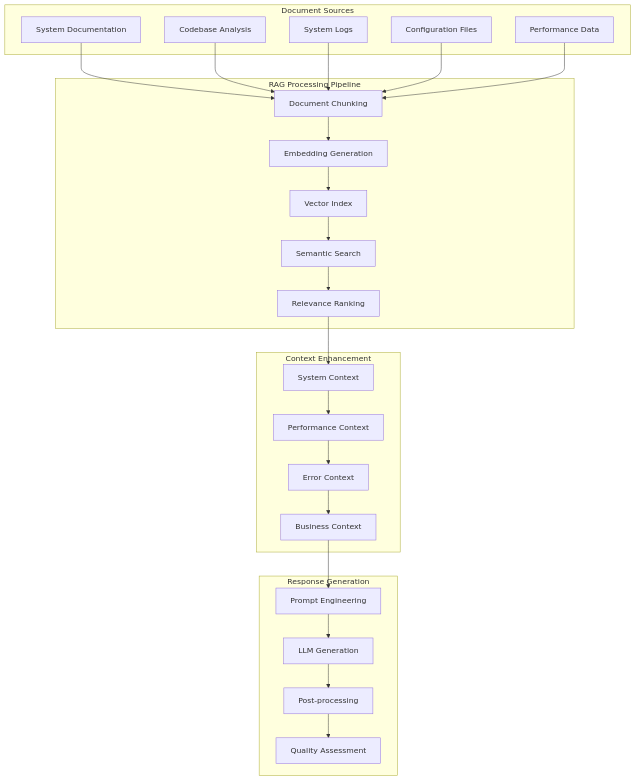
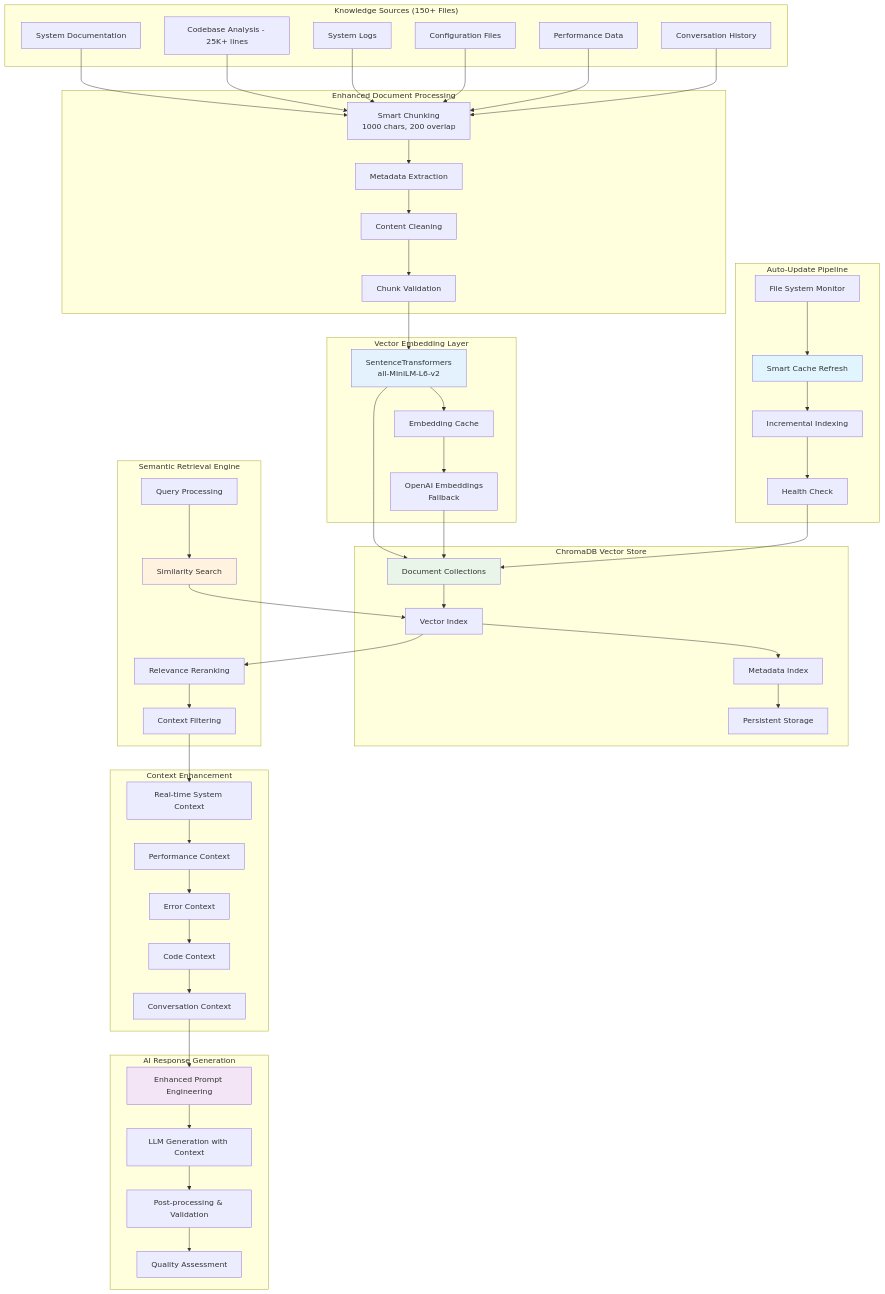
Before and after one commit to Kausiukas/System-Reference: the third of 3 diagrams in AI_help.md, drawn with Mermaid. The commit also changed other lines of this file and 48 other files, not shown here.

````diff
--- a/AI_help.md
+++ b/AI_help.md
@@ -129,53 +213,116 @@
 ```mermaid
 flowchart TD
-    subgraph "Document Sources"
+    subgraph "Knowledge Sources (150+ Files)"
         DOCS[System Documentation]
-        CODE[Codebase Analysis]
+        CODE[Codebase Analysis - 25K+ lines]
         LOGS[System Logs]
         CONF[Configuration Files]
         PERF[Performance Data]
+        CONV[Conversation History]
     end
     
-    subgraph "RAG Processing Pipeline"
-        CHUNK[Document Chunking]
-        EMBED[Embedding Generation]
-        INDEX[Vector Index]
-        SEARCH[Semantic Search]
-        RANK[Relevance Ranking]
+    subgraph "Enhanced Document Processing"
+        CHUNK[Smart Chunking<br/>1000 chars, 200 overlap]
+        META[Metadata Extraction]
+        CLEAN[Content Cleaning]
+        VALIDATE[Chunk Validation]
+    end
+    
+    subgraph "Vector Embedding Layer"
+        ST_EMB[SentenceTransformers<br/>all-MiniLM-L6-v2]
+        OAI_EMB[OpenAI Embeddings<br/>Fallback]
+        CACHE_EMB[Embedding Cache]
+    end
+    
+    subgraph "ChromaDB Vector Store"
+        COLLECTION[Document Collections]
+        INDEX_VEC[Vector Index]
+        METADATA_IDX[Metadata Index]
+        PERSIST[Persistent Storage]
+    end
+    
+    subgraph "Semantic Retrieval Engine"
+        QUERY_PROC[Query Processing]
+        SIM_SEARCH[Similarity Search]
+        RERANK[Relevance Reranking]
+        CTX_FILTER[Context Filtering]
     end
     
     subgraph "Context Enhancement"
-        SYS_CTX[System Context]
+        SYS_CTX[Real-time System Context]
         PERF_CTX[Performance Context]
         ERR_CTX[Error Context]
-        BIZ_CTX[Business Context]
+        CODE_CTX[Code Context]
+        CONV_CTX[Conversation Context]
     end
     
-    subgraph "Response Generation"
-        PROMPT[Prompt Engineering]
-        LLM_CALL[LLM Generation]
-        POST[Post-processing]
-        QUAL[Quality Assessment]
+    subgraph "AI Response Generation"
+        PROMPT_ENG[Enhanced Prompt Engineering]
+        LLM_CALL[LLM Generation with Context]
+        POST_PROC[Post-processing & Validation]
+        QUAL_ASSESS[Quality Assessment]
     end
     
+    subgraph "Auto-Update Pipeline"
+        MONITOR[File System Monitor]
+        REFRESH[Smart Cache Refresh]
+        INCR_IDX[Incremental Indexing]
+        HEALTH_CHK[Health Check]
+    end
+    
+    %% Document Ingestion Flow
     DOCS --> CHUNK
     CODE --> CHUNK
     LOGS --> CHUNK
     CONF --> CHUNK
     PERF --> CHUNK
+    CONV --> CHUNK
     
-    CHUNK --> EMBED
-    EMBED --> INDEX
-    INDEX --> SEARCH
-    SEARCH --> RANK
+    %% Processing Pipeline
+    CHUNK --> META
+    META --> CLEAN
+    CLEAN --> VALIDATE
     
-    RANK --> SYS_CTX
+    %% Embedding Generation
+    VALIDATE --> ST_EMB
+    ST_EMB --> CACHE_EMB
+    CACHE_EMB --> OAI_EMB
+    
+    %% Vector Storage
+    ST_EMB --> COLLECTION
+    OAI_EMB --> COLLECTION
+    COLLECTION --> INDEX_VEC
+    INDEX_VEC --> METADATA_IDX
+    METADATA_IDX --> PERSIST
+    
+    %% Retrieval Flow
+    QUERY_PROC --> SIM_SEARCH
+    SIM_SEARCH --> INDEX_VEC
+    INDEX_VEC --> RERANK
+    RERANK --> CTX_FILTER
+    
+    %% Context Integration
+    CTX_FILTER --> SYS_CTX
     SYS_CTX --> PERF_CTX
     PERF_CTX --> ERR_CTX
-    ERR_CTX --> BIZ_CTX
+    ERR_CTX --> CODE_CTX
+    CODE_CTX --> CONV_CTX
     
-    BIZ_CTX --> PROMPT
-    PROMPT --> LLM_CALL
-    LLM_CALL --> POST
-    POST --> QUAL
+    %% Response Generation
+    CONV_CTX --> PROMPT_ENG
+    PROMPT_ENG --> LLM_CALL
+    LLM_CALL --> POST_PROC
+    POST_PROC --> QUAL_ASSESS
+    
+    %% Auto-Update System
+    MONITOR --> REFRESH
+    REFRESH --> INCR_IDX
+    INCR_IDX --> HEALTH_CHK
+    HEALTH_CHK --> COLLECTION
+    
+    style ST_EMB fill:#e3f2fd
+    style COLLECTION fill:#e8f5e8
+    style SIM_SEARCH fill:#fff3e0
+    style PROMPT_ENG fill:#f3e5f5
+    style REFRESH fill:#e1f5fe
 ```
````
